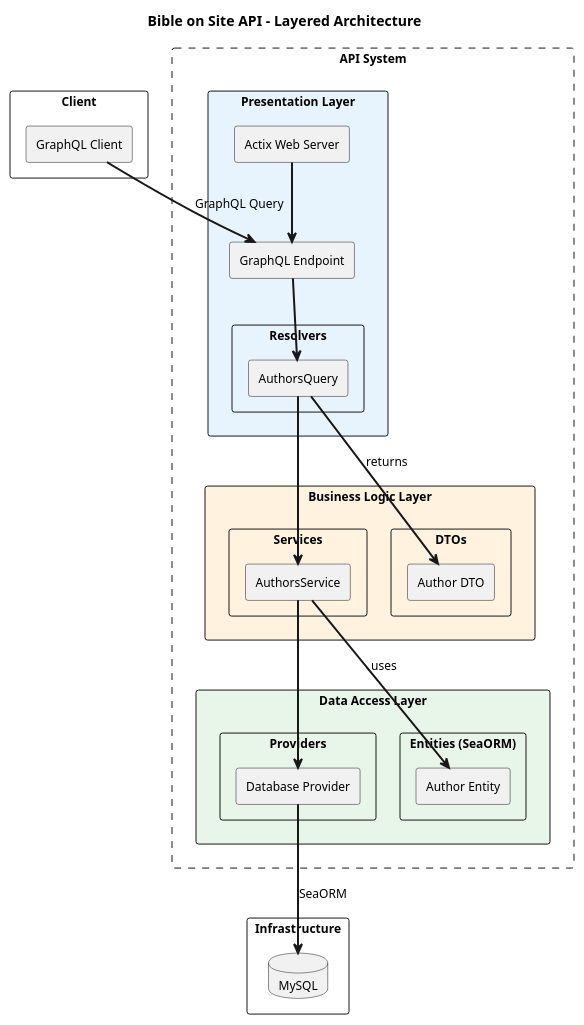
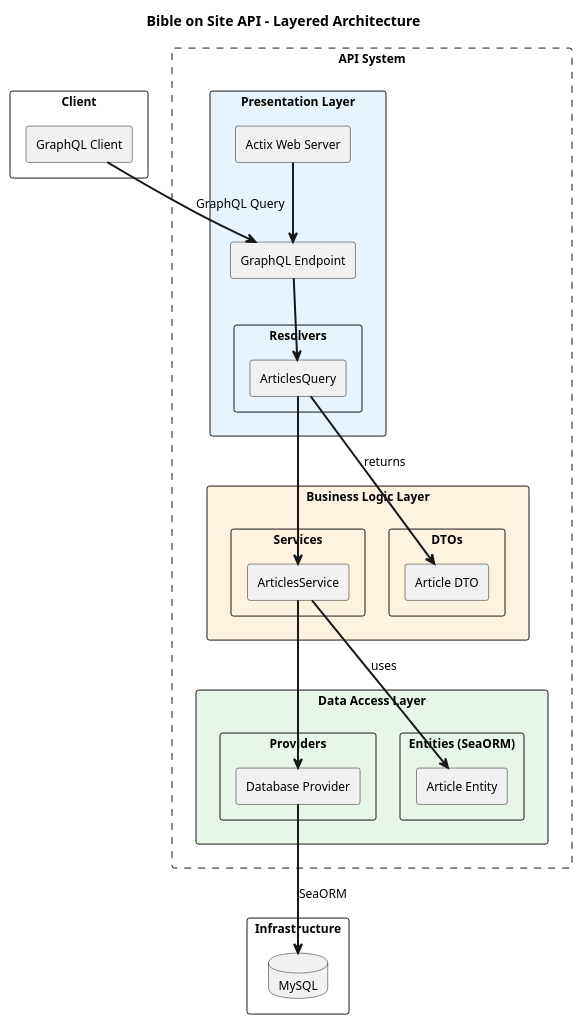
One commit to bible-on-site/bible-on-site changed the diagram in docs/api/api.puml. Above: the diagram before and after it, drawn with PlantUML. The commit also changed 9 other files, not shown here.

First line of the commit message:
refactor(api): remove authorById query, completing authors/{id} removal (#1615)

```diff
--- a/docs/api/api.puml
+++ b/docs/api/api.puml
@@ -1,60 +1,60 @@
 @startuml API Architecture
 
 skinparam packageStyle rectangle
 skinparam componentStyle rectangle
 skinparam defaultFontSize 12
 skinparam ArrowThickness 2
 
 title Bible on Site API - Layered Architecture
 
 package "Client" as client {
     [GraphQL Client] as gql_client
 }
 
 rectangle "API System" as api_system #line.dashed {
     package "Presentation Layer" #E8F4FD {
         [Actix Web Server] as actix
         [GraphQL Endpoint] as gql_endpoint
         package "Resolvers" {
-            [AuthorsQuery] as authors_resolver
+            [ArticlesQuery] as articles_resolver
         }
     }
 
     package "Business Logic Layer" #FFF3E0 {
         package "Services" {
-            [AuthorsService] as authors_service
+            [ArticlesService] as articles_service
         }
         package "DTOs" {
-            [Author DTO] as author_dto
+            [Article DTO] as article_dto
         }
     }
 
     package "Data Access Layer" #E8F5E9 {
         package "Providers" {
             [Database Provider] as db_provider
         }
         package "Entities (SeaORM)" {
-            [Author Entity] as author_entity
+            [Article Entity] as article_entity
         }
     }
 }
 
 package "Infrastructure" {
     database "MySQL" as mysql
 }
 
 ' Relationships
 gql_client --> gql_endpoint : GraphQL Query
 
 actix --> gql_endpoint
-gql_endpoint --> authors_resolver
+gql_endpoint --> articles_resolver
 
-authors_resolver --> authors_service
-authors_resolver --> author_dto : returns
+articles_resolver --> articles_service
+articles_resolver --> article_dto : returns
 
-authors_service --> db_provider
-authors_service --> author_entity : uses
+articles_service --> db_provider
+articles_service --> article_entity : uses
 
 db_provider --> mysql : SeaORM
 
 @enduml
```
